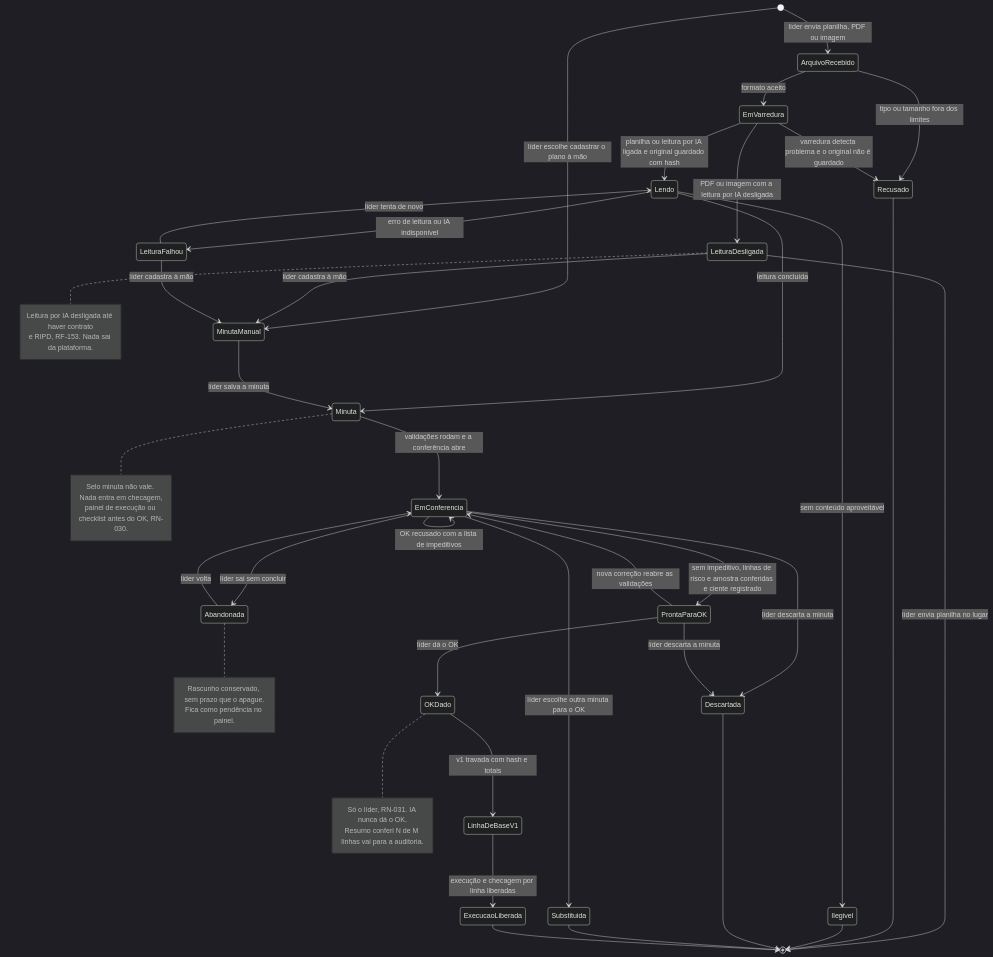
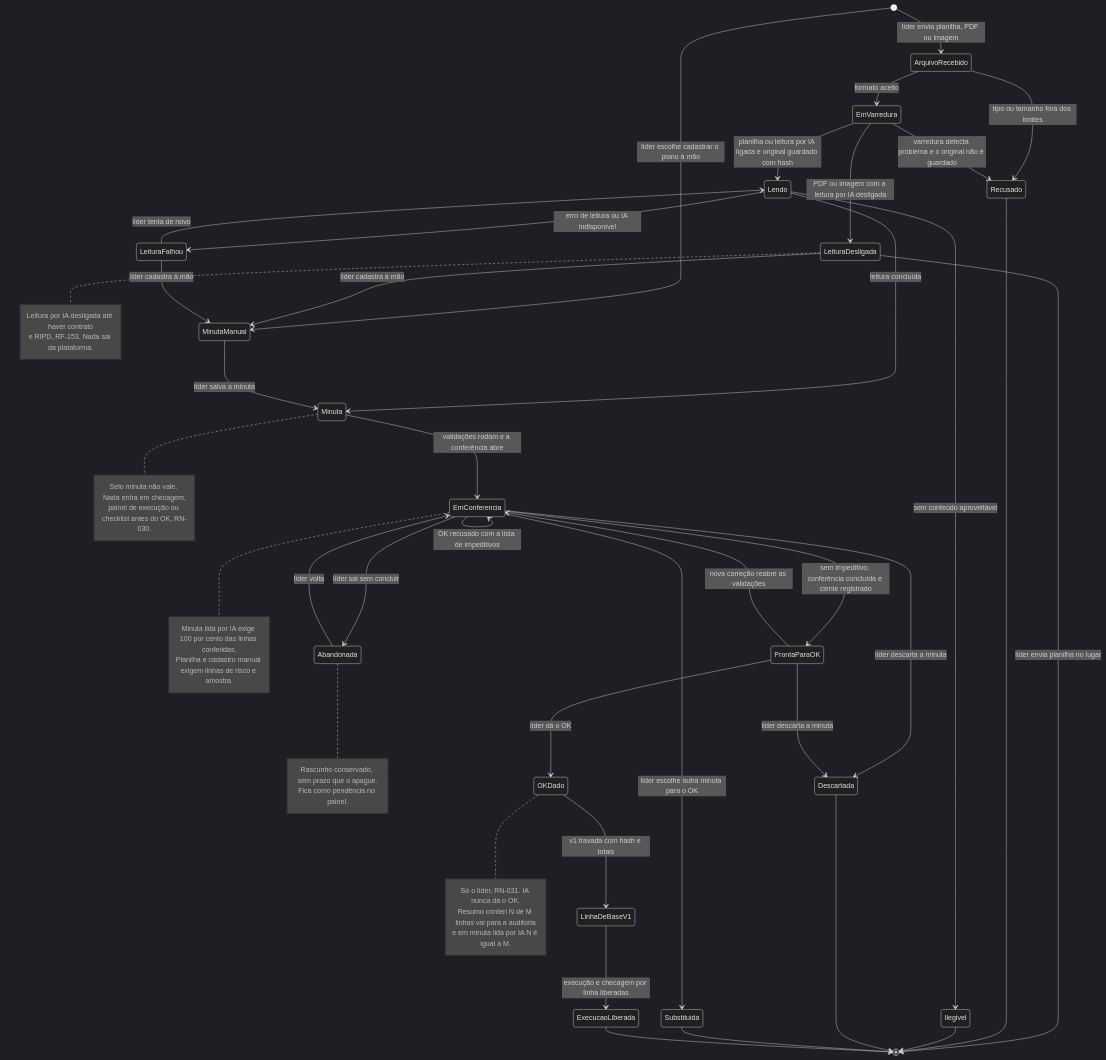
One commit to Beguelly/gestprojet changed diagram 16 of 26 in docs/04-workflows.md. Above: the diagram before and after it, drawn with Mermaid (dark theme). The commit also changed other lines of this file and 2 other files, not shown here.

````diff
--- a/docs/04-workflows.md
+++ b/docs/04-workflows.md
@@ -1129,53 +1130,58 @@
 ```mermaid
 stateDiagram-v2
     [*] --> ArquivoRecebido: líder envia planilha, PDF ou imagem
     [*] --> MinutaManual: líder escolhe cadastrar o plano à mão
     ArquivoRecebido --> Recusado: tipo ou tamanho fora dos limites
     ArquivoRecebido --> EmVarredura: formato aceito
     EmVarredura --> Recusado: varredura detecta problema e o original não é guardado
     EmVarredura --> Lendo: planilha ou leitura por IA ligada e original guardado com hash
     EmVarredura --> LeituraDesligada: PDF ou imagem com a leitura por IA desligada
     LeituraDesligada --> MinutaManual: líder cadastra à mão
     LeituraDesligada --> [*]: líder envia planilha no lugar
     Lendo --> LeituraFalhou: erro de leitura ou IA indisponível
     Lendo --> Ilegivel: sem conteúdo aproveitável
     Lendo --> Minuta: leitura concluída
     LeituraFalhou --> Lendo: líder tenta de novo
     LeituraFalhou --> MinutaManual: líder cadastra à mão
     MinutaManual --> Minuta: líder salva a minuta
     Minuta --> EmConferencia: validações rodam e a conferência abre
     EmConferencia --> EmConferencia: líder corrige um campo e as validações rodam de novo
     EmConferencia --> EmConferencia: OK recusado com a lista de impeditivos
-    EmConferencia --> ProntaParaOK: sem impeditivo, linhas de risco e amostra conferidas e ciente registrado
+    EmConferencia --> ProntaParaOK: sem impeditivo, conferência concluída e ciente registrado
     ProntaParaOK --> EmConferencia: nova correção reabre as validações
     ProntaParaOK --> OKDado: líder dá o OK
     OKDado --> LinhaDeBaseV1: v1 travada com hash e totais
     LinhaDeBaseV1 --> ExecucaoLiberada: execução e checagem por linha liberadas
     EmConferencia --> Abandonada: líder sai sem concluir
     Abandonada --> EmConferencia: líder volta
     EmConferencia --> Descartada: líder descarta a minuta
     ProntaParaOK --> Descartada: líder descarta a minuta
     EmConferencia --> Substituida: líder escolhe outra minuta para o OK
     Recusado --> [*]
     Ilegivel --> [*]
     Descartada --> [*]
     Substituida --> [*]
     ExecucaoLiberada --> [*]
 
     note right of Minuta
         Selo minuta não vale. Nada entra em checagem,
         painel de execução ou checklist antes do OK, RN-030.
     end note
+    note right of EmConferencia
+        Minuta lida por IA exige 100 por cento das linhas conferidas.
+        Planilha e cadastro manual exigem linhas de risco e amostra.
+    end note
     note right of OKDado
         Só o líder, RN-031. IA nunca dá o OK.
-        Resumo conferi N de M linhas vai para a auditoria.
+        Resumo conferi N de M linhas vai para a auditoria
+        e em minuta lida por IA N é igual a M.
     end note
     note right of Abandonada
         Rascunho conservado, sem prazo que o apague.
         Fica como pendência no painel.
     end note
     note right of LeituraDesligada
         Leitura por IA desligada até haver contrato
         e RIPD, RF-153. Nada sai da plataforma.
     end note
 ```
````
